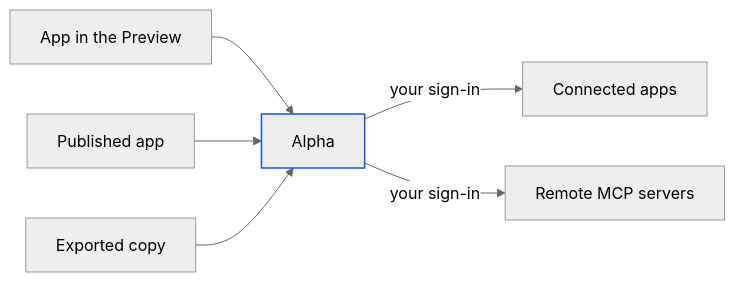
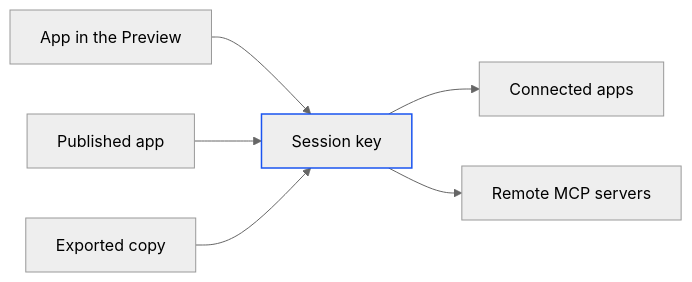
Before and after one commit to suyash-lyzr/alpha-documentation: the diagram in integrations/in-your-app.mdx, drawn with Mermaid (neutral theme). The commit also changed other lines of this file and 51 other files, not shown here.

````diff
--- a/integrations/in-your-app.mdx
+++ b/integrations/in-your-app.mdx
@@ -23,10 +23,10 @@
 ```mermaid
 flowchart LR
-  P[App in the Preview] --> G
-  D[Published app] --> G
-  E[Exported copy] --> G
-  G[Alpha] -->|your sign-in| C[Connected apps]
-  G -->|your sign-in| M[Remote MCP servers]
+  P[App in the Preview] --> K
+  D[Published app] --> K
+  E[Exported copy] --> K
+  K[Session key] --> C[Connected apps]
+  K --> M[Remote MCP servers]
   classDef focus stroke:#1A54F0,stroke-width:1.5px;
-  class G focus
+  class K focus
 ```
````
